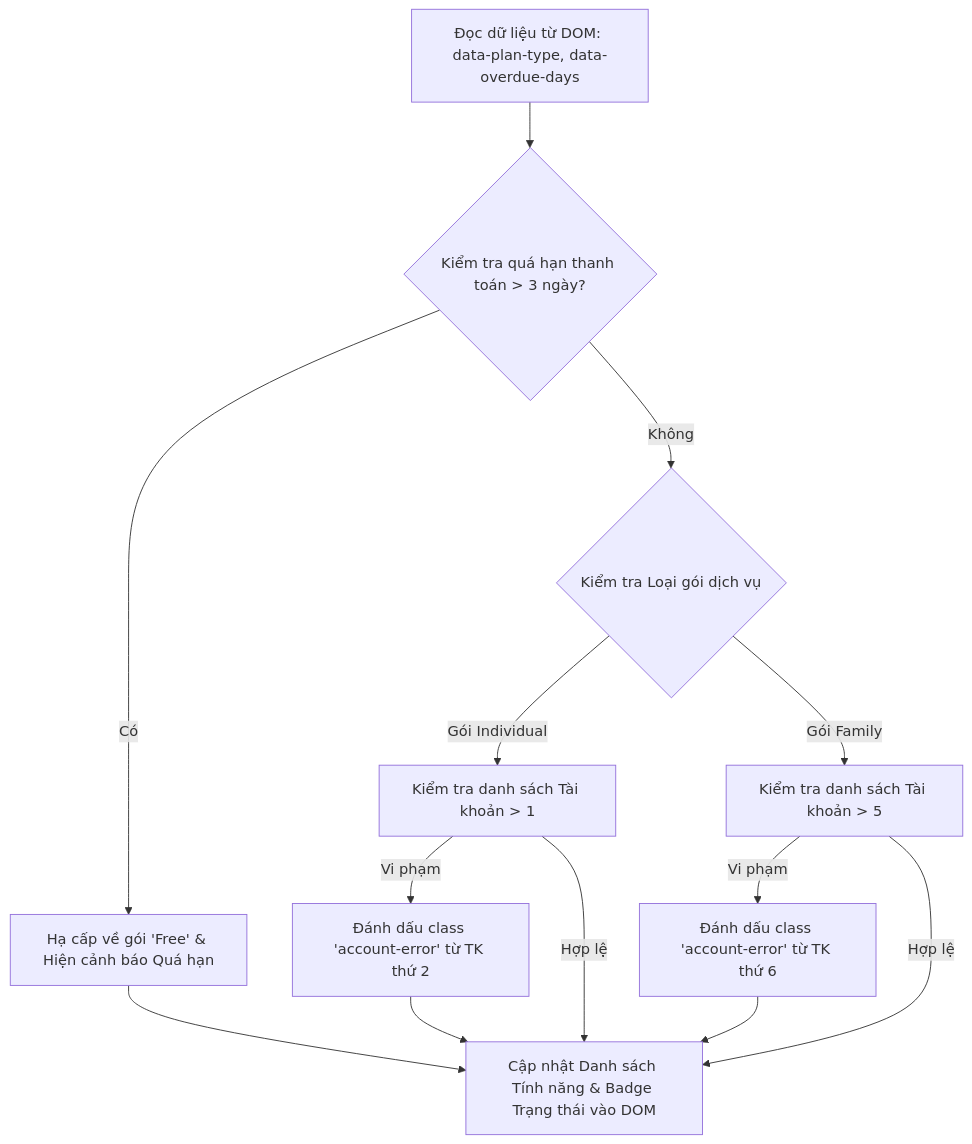
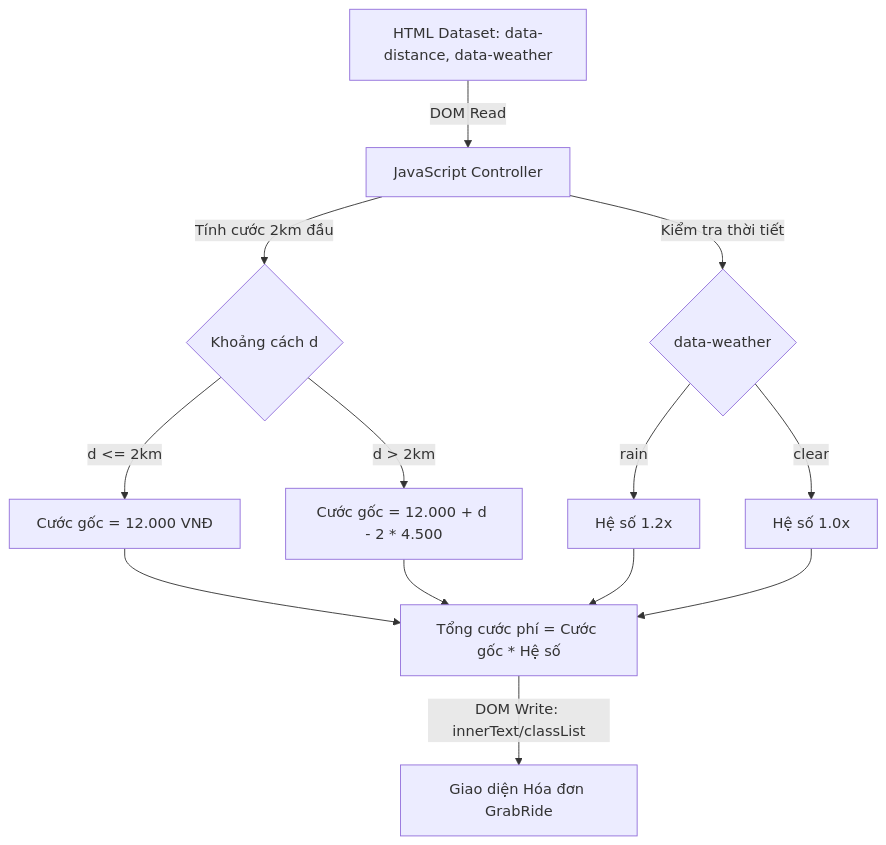
The diagram in output/pms/Phát_triển_ứng_dụng_web/Session 17 - Tương tác DOM API (Document Object Model)- Truy xuất và Thay đổi Nội dung/Bài tập/bai_tap_5.md (ngoquy12/learning_material), drawn with Mermaid before and after one commit. The commit also changed other lines of this file and 152 other files, not shown here.

Commit message:
feat(domain): implement Session Domain Anchor Architecture for 100% unified domain consistency across all session resources

````diff
--- a/output/pms/Phát_triển_ứng_dụng_web/Session 17 - Tương tác DOM API (Document Object Model)- Truy xuất và Thay đổi Nội dung/Bài tập/bai_tap_5.md
+++ b/output/pms/Phát_triển_ứng_dụng_web/Session 17 - Tương tác DOM API (Document Object Model)- Truy xuất và Thay đổi Nội dung/Bài tập/bai_tap_5.md
@@ -17,15 +15,12 @@
 ```mermaid
 graph TD
-    A[Đọc dữ liệu từ DOM: data-plan-type, data-overdue-days] --> B{Kiểm tra quá hạn thanh toán > 3 ngày?}
-    B -- Có --> C[Hạ cấp về gói 'Free' & Hiện cảnh báo Quá hạn]
-    B -- Không --> D{Kiểm tra Loại gói dịch vụ}
-    D -- Gói Individual --> E[Kiểm tra danh sách Tài khoản > 1]
-    D -- Gói Family --> F[Kiểm tra danh sách Tài khoản > 5]
-    E -- Vi phạm --> G[Đánh dấu class 'account-error' từ TK thứ 2]
-    F -- Vi phạm --> H[Đánh dấu class 'account-error' từ TK thứ 6]
-    C --> I[Cập nhật Danh sách Tính năng & Badge Trạng thái vào DOM]
-    E -- Hợp lệ --> I
-    F -- Hợp lệ --> I
-    G --> I
-    H --> I
+    A[HTML Dataset: data-distance, data-weather] -->|DOM Read| B[JavaScript Controller]
+    B -->|Tính cước 2km đầu| C{Khoảng cách d}
+    C -->|d <= 2km| D[Cước gốc = 12.000 VNĐ]
+    C -->|d > 2km| E[Cước gốc = 12.000 + d - 2 * 4.500]
+    B -->|Kiểm tra thời tiết| F{data-weather}
+    F -->|rain| G[Hệ số 1.2x]
+    F -->|clear| H[Hệ số 1.0x]
+    D & E & G & H --> I[Tổng cước phí = Cước gốc * Hệ số]
+    I -->|DOM Write: innerText/classList| J[Giao diện Hóa đơn GrabRide]
 ```
````
